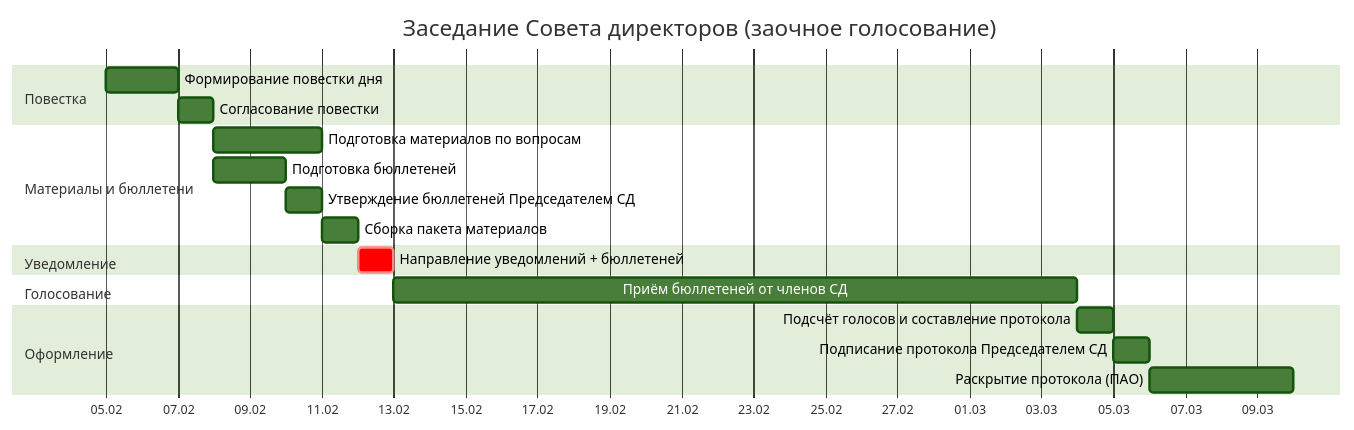
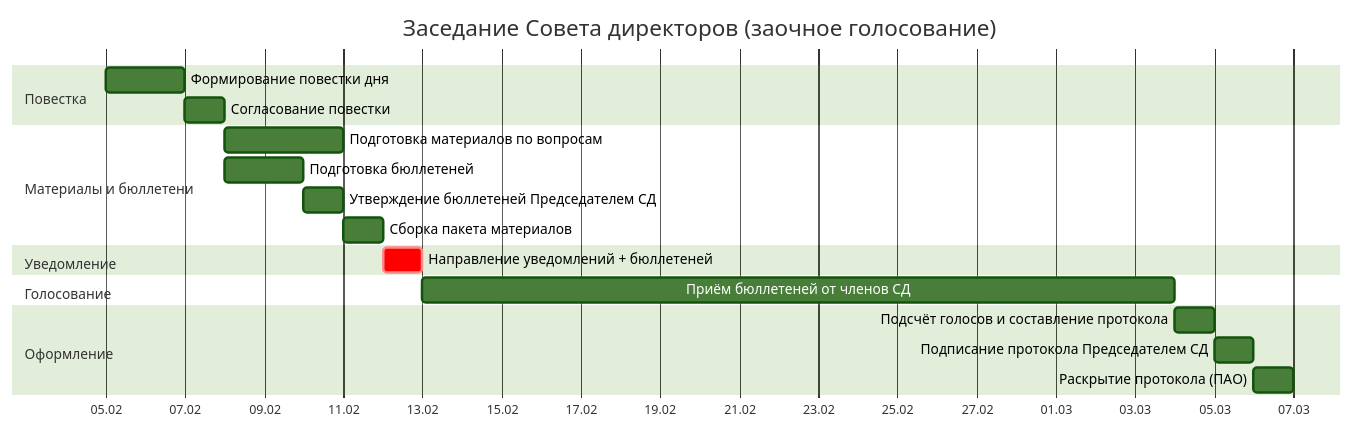
The second of 2 diagrams in docs/domain/bod-gantt.md (arsenyuk/SamorodinkaTech.Fiducia), drawn with Mermaid (forest theme) before and after one commit. The commit also changed other lines of this file and 1 other file, not shown here.

First line of the commit message:
docs(gantt): fix milestone table structure and add FS-only date rule

````diff
--- a/docs/domain/bod-gantt.md
+++ b/docs/domain/bod-gantt.md
@@ -146,27 +181,27 @@
 ```mermaid
 gantt
     title Заседание Совета директоров (заочное голосование)
     dateFormat  YYYY-MM-DD
     axisFormat  %d.%m
 
     section Повестка
     Формирование повестки дня               :p1, 2026-02-05, 2d
     Согласование повестки                   :p2, after p1, 1d
 
     section Материалы и бюллетени
     Подготовка материалов по вопросам        :p3, after p2, 3d
     Подготовка бюллетеней                    :b1, after p2, 2d
     Утверждение бюллетеней Председателем СД  :b2, after b1, 1d
-    Сборка пакета материалов                 :p4, after p3 b2, 1d
+    Сборка пакета материалов                 :p4, after p3 after b2, 1d
 
     section Уведомление
     Направление уведомлений + бюллетеней     :crit, u1, after p4, 1d
 
     section Голосование
     Приём бюллетеней от членов СД            :gl1, after u1, 19d
 
     section Оформление
     Подсчёт голосов и составление протокола  :pr1, after gl1, 1d
     Подписание протокола Председателем СД    :pr2, after pr1, 1d
-    Раскрытие протокола (ПАО)               :pr3, after pr2, 4d
+    Раскрытие протокола (ПАО)               :pr3, after pr2, 1d
 ```
````
